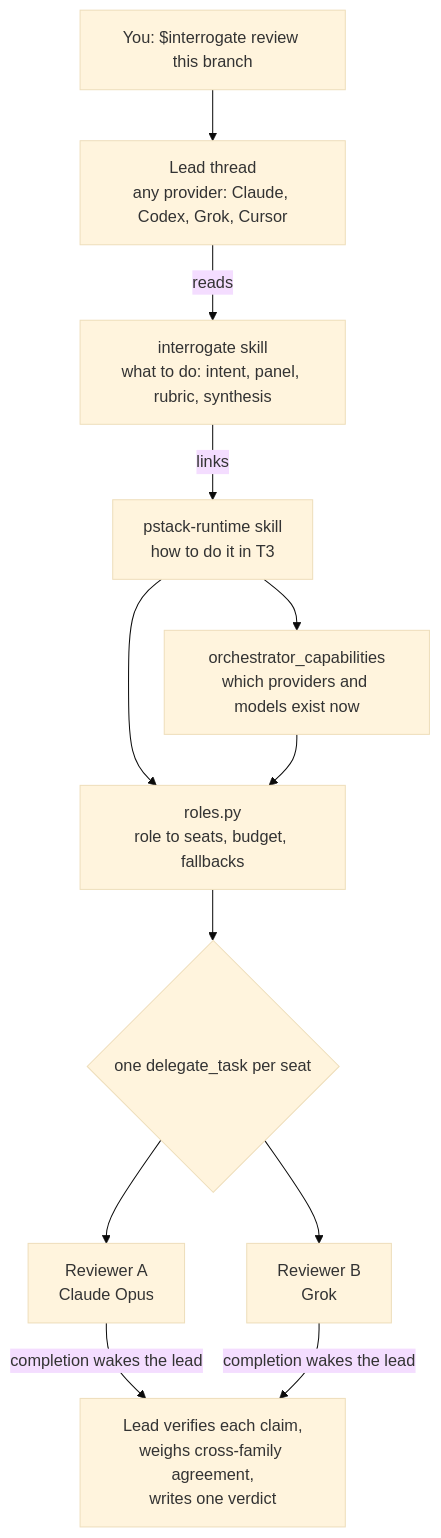
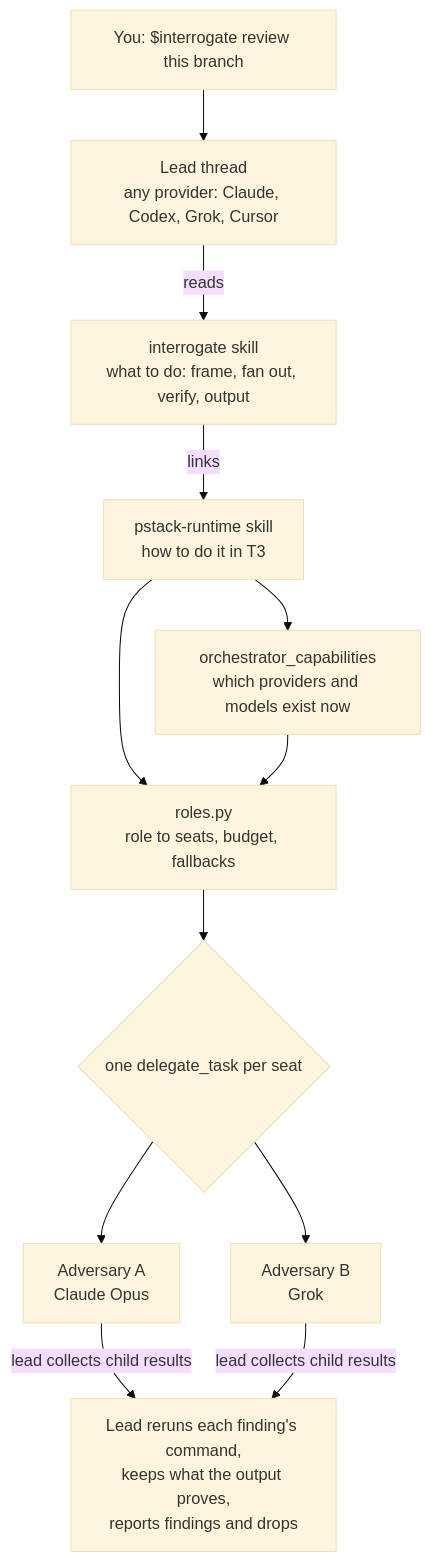
Before and after one commit to creedants/pstack-t3: the first of 2 diagrams in docs/how-it-works.md, drawn with Mermaid (base theme). The commit also changed 2 other files, not shown here.

````diff
--- a/docs/how-it-works.md
+++ b/docs/how-it-works.md
@@ -5,13 +5,13 @@
 ```mermaid
 flowchart TD
     you["You: $interrogate review this branch"] --> lead["Lead thread<br/>any provider: Claude, Codex, Grok, Cursor"]
-    lead -->|reads| skill["interrogate skill<br/>what to do: intent, panel, rubric, synthesis"]
+    lead -->|reads| skill["interrogate skill<br/>what to do: frame, fan out, verify, output"]
     skill -->|links| runtime["pstack-runtime skill<br/>how to do it in T3"]
     runtime --> caps["orchestrator_capabilities<br/>which providers and models exist now"]
     runtime --> roles["roles.py<br/>role to seats, budget, fallbacks"]
     caps --> roles
     roles --> fan{"one delegate_task per seat"}
-    fan --> a["Reviewer A<br/>Claude Opus"]
-    fan --> b["Reviewer B<br/>Grok"]
-    a & b -->|completion wakes the lead| synth["Lead verifies each claim,<br/>weighs cross-family agreement,<br/>writes one verdict"]
+    fan --> a["Adversary A<br/>Claude Opus"]
+    fan --> b["Adversary B<br/>Grok"]
+    a & b -->|lead collects child results| synth["Lead reruns each finding's command,<br/>keeps what the output proves,<br/>reports findings and drops"]
 ```
````
